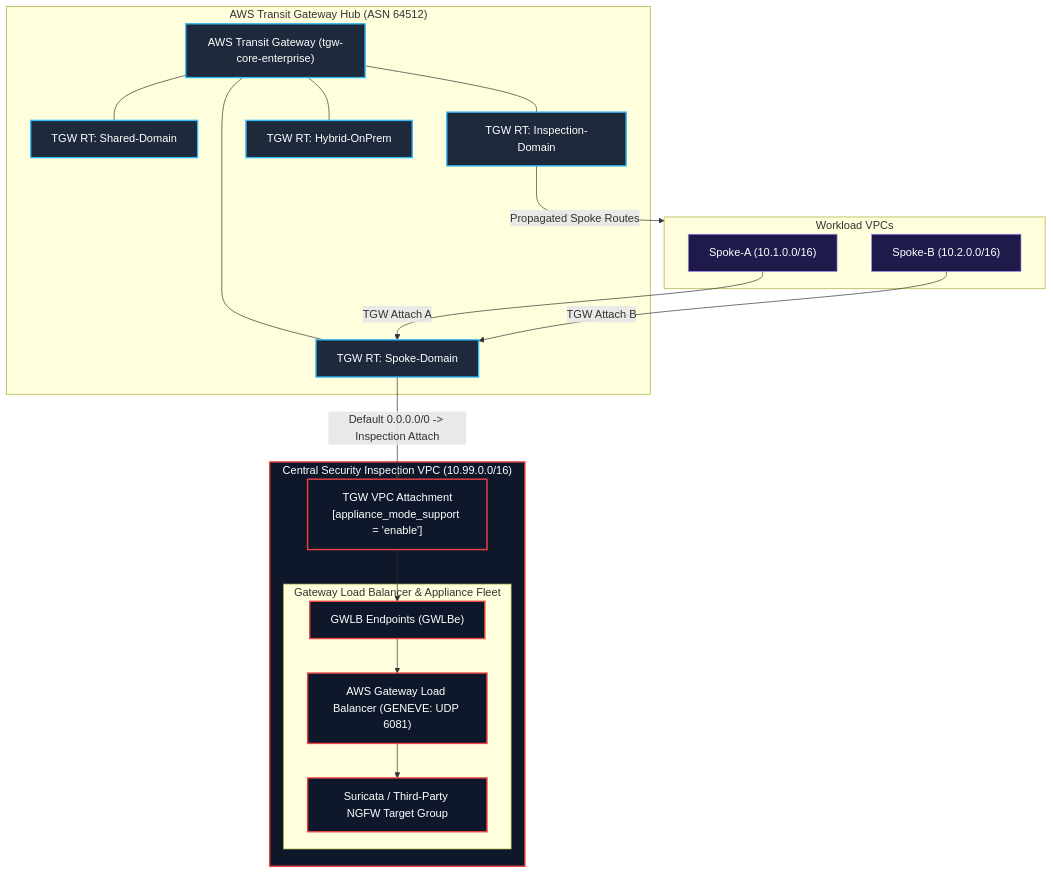
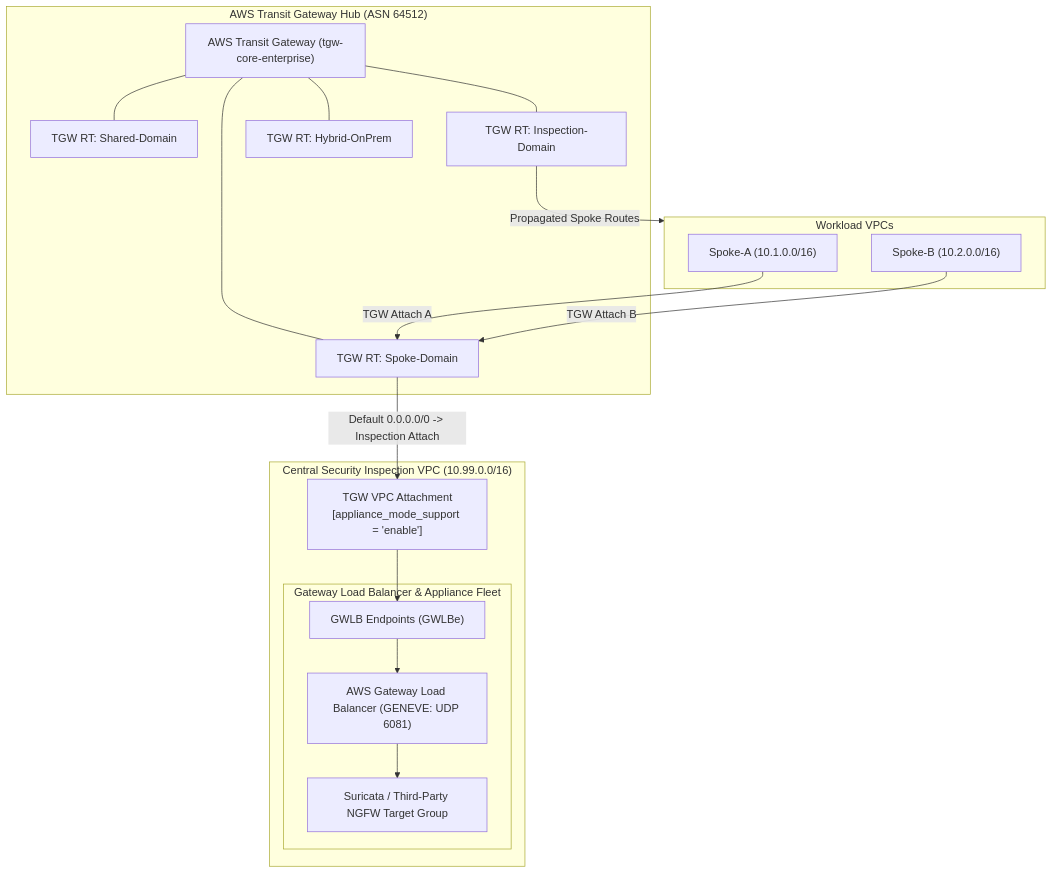
The diagram in docs/labs/02-tgw-gwlb-appliance-mode.md (robertusnegoro/cloud-network-learning-materials), drawn with Mermaid before and after one commit. The commit also changed 4 other files, not shown here.

Commit message:
fix(mermaid): eliminate unreadable dark-on-dark nodes, sanitize classDefs, and maximize diagram contrast & scaling

````diff
--- a/docs/labs/02-tgw-gwlb-appliance-mode.md
+++ b/docs/labs/02-tgw-gwlb-appliance-mode.md
@@ -16,45 +16,38 @@
 ```mermaid
 graph TD
     subgraph TGWHarness["AWS Transit Gateway Hub (ASN 64512)"]
         TGW["AWS Transit Gateway (tgw-core-enterprise)"]
         RT_Spoke["TGW RT: Spoke-Domain"]
         RT_Shared["TGW RT: Shared-Domain"]
         RT_Inspect["TGW RT: Inspection-Domain"]
         RT_OnPrem["TGW RT: Hybrid-OnPrem"]
         
         TGW --- RT_Spoke
         TGW --- RT_Shared
         TGW --- RT_Inspect
         TGW --- RT_OnPrem
     end
 
     subgraph InspectionVPC["Central Security Inspection VPC (10.99.0.0/16)"]
         TGW_Attach["TGW VPC Attachment<br/>[appliance_mode_support = 'enable']"]
         
         subgraph GWLBTier["Gateway Load Balancer & Appliance Fleet"]
             GWLB_EP["GWLB Endpoints (GWLBe)"]
             GWLB["AWS Gateway Load Balancer (GENEVE: UDP 6081)"]
             FW_Fleet["Suricata / Third-Party NGFW Target Group"]
             
             GWLB_EP --> GWLB
             GWLB --> FW_Fleet
         end
         
         TGW_Attach --> GWLB_EP
     end
 
     subgraph WorkloadSpokes["Workload VPCs"]
         SpokeA["Spoke-A (10.1.0.0/16)"] -->|"TGW Attach A"| RT_Spoke
         SpokeB["Spoke-B (10.2.0.0/16)"] -->|"TGW Attach B"| RT_Spoke
     end
 
     RT_Spoke -->|"Default 0.0.0.0/0 -> Inspection Attach"| TGW_Attach
     RT_Inspect -->|"Propagated Spoke Routes"| WorkloadSpokes
-
-    classDef tgw fill:#1e293b,stroke:#38bdf8,stroke-width:2px,color:#fff;
-    classDef sec fill:#0f172a,stroke:#ef4444,stroke-width:2px,color:#fff;
-    classDef spoke fill:#1e1b4b,stroke:#a78bfa,stroke-width:1px,color:#fff;
-    class TGW,RT_Spoke,RT_Shared,RT_Inspect,RT_OnPrem tgw;
-    class InspectionVPC,TGW_Attach,GWLB,GWLB_EP,FW_Fleet sec;
-    class SpokeA,SpokeB spoke;
 ```
````
